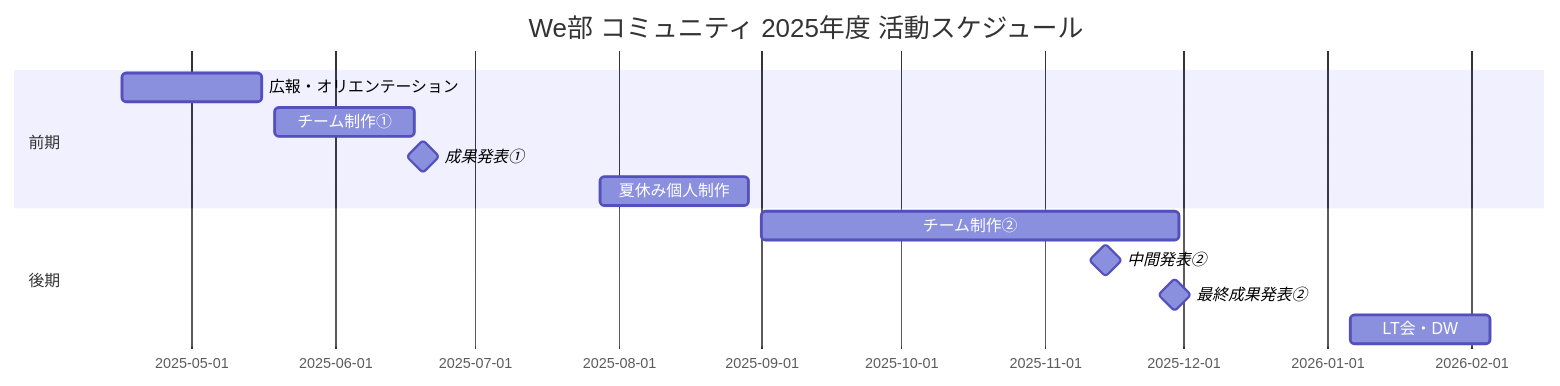
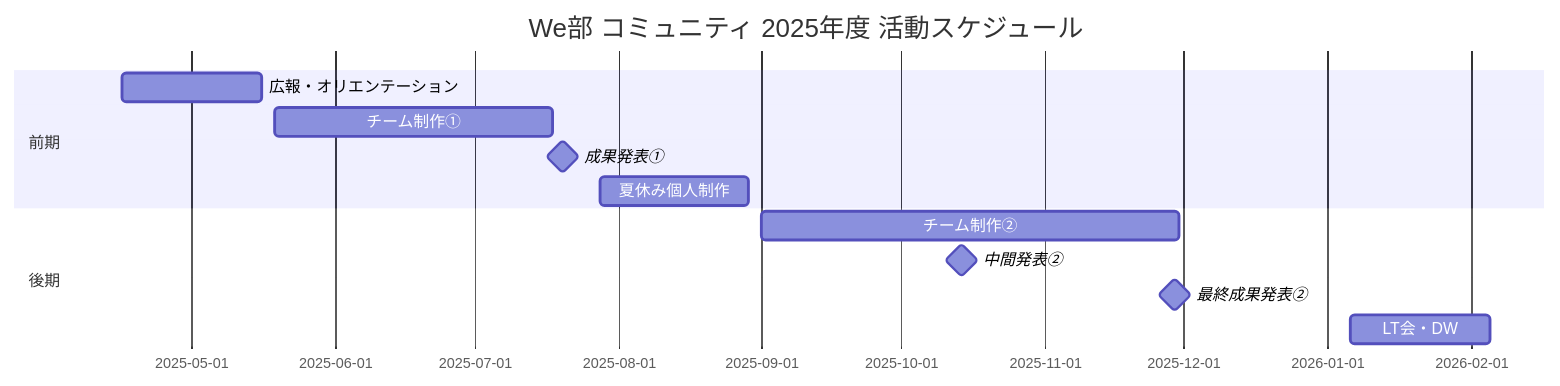
The diagram in docs/schedule.md (Webu-Kobedenshi/web-community-vault), drawn with Mermaid before and after one commit. The commit also changed other lines of this file, not shown here.

````diff
--- a/docs/schedule.md
+++ b/docs/schedule.md
@@ -58,15 +54,15 @@
 ```mermaid
 gantt
     title We部 コミュニティ 2025年度 活動スケジュール
     dateFormat YYYY-MM-DD
     section 前期
     広報・オリエンテーション    :2025-04-16, 30d
-    チーム制作①               :2025-05-19, 30d
-    成果発表①                 :milestone, 2025-06-20, 0d
+    チーム制作①               :2025-05-19, 60d
+    成果発表①                 :milestone, 2025-07-20, 0d
     夏休み個人制作             :2025-07-28, 32d
     section 後期
     チーム制作②               :2025-09-01, 90d
-    中間発表②                 :milestone, 2025-11-14, 0d
+    中間発表②                 :milestone, 2025-10-14, 0d
     最終成果発表②             :milestone, 2025-11-29, 0d
     LT会・DW                  :2026-01-06, 30d
 ```
````
